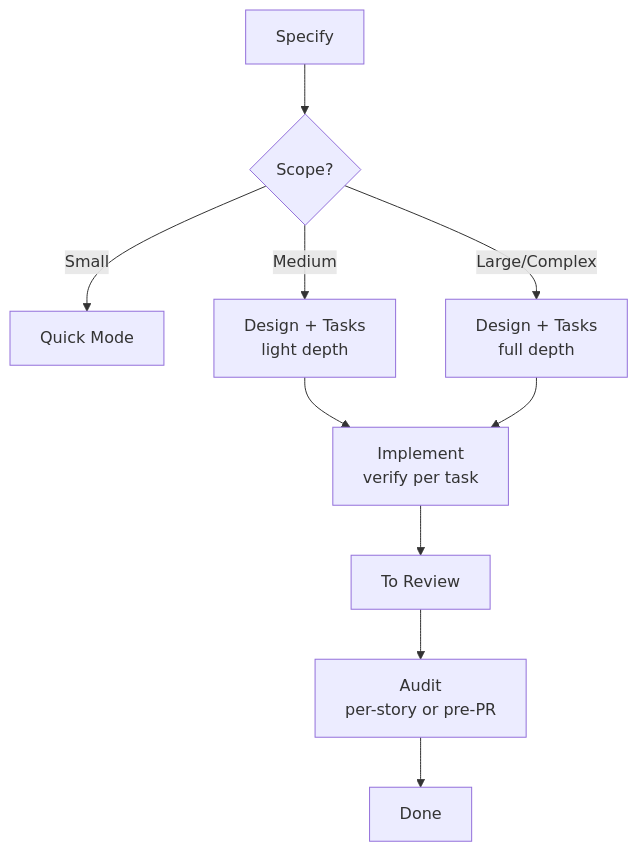
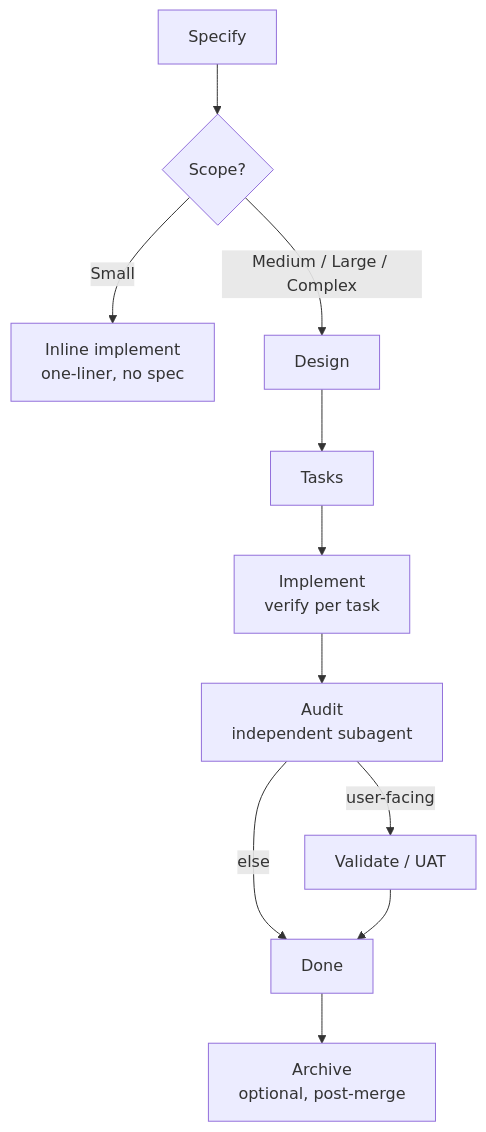
Before and after one commit to adeonir/agent-skills: the diagram in skills/engineering/spec-driven/README.md, drawn with Mermaid. The commit also changed other lines of this file and 36 other files, not shown here.

````diff
--- a/skills/engineering/spec-driven/README.md
+++ b/skills/engineering/spec-driven/README.md
@@ -11,12 +9,13 @@
 ```mermaid
 flowchart TD
     A[Specify] --> B{Scope?}
-    B -->|Small| C[Quick Mode]
-    B -->|Medium| D[Design + Tasks<br/>light depth]
-    B -->|Large/Complex| E[Design + Tasks<br/>full depth]
-    D --> F[Implement<br/>verify per task]
-    E --> F
-    F --> R[To Review]
-    R --> AU[Audit<br/>per-story or pre-PR]
-    AU --> G[Done]
+    B -->|Small| S[Inline implement<br/>one-liner, no spec]
+    B -->|Medium / Large / Complex| D[Design]
+    D --> T[Tasks]
+    T --> I[Implement<br/>verify per task]
+    I --> AU[Audit<br/>independent subagent]
+    AU -->|user-facing| V[Validate / UAT]
+    AU -->|else| DN[Done]
+    V --> DN
+    DN --> AR[Archive<br/>optional, post-merge]
 ```
````
